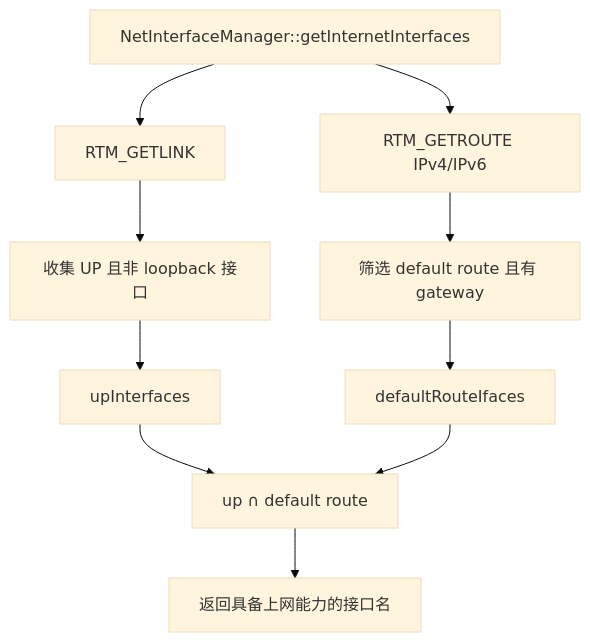
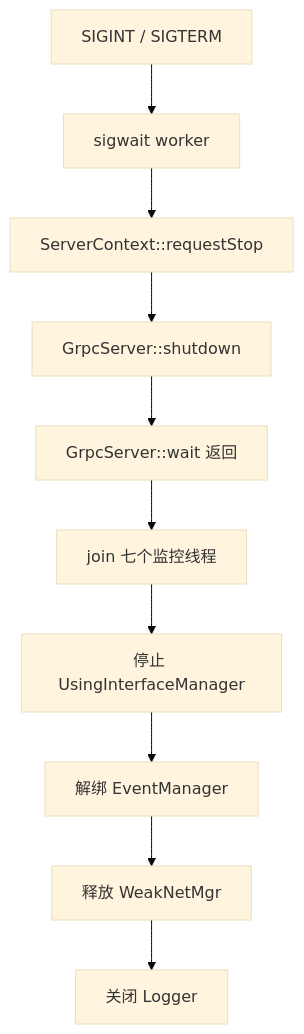
The fourth of 15 diagrams in docs/network-diagnostics-engineering-architecture-review.md (God1007/JaNet), drawn with Mermaid (base theme) before and after one commit. The commit also changed other lines of this file and 44 other files, not shown here.

````diff
--- a/docs/network-diagnostics-engineering-architecture-review.md
+++ b/docs/network-diagnostics-engineering-architecture-review.md
@@ -443,12 +213,12 @@
 ```mermaid
 flowchart TB
-    A["NetInterfaceManager::getInternetInterfaces"] --> B["RTM_GETLINK"]
-    B --> C["收集 UP 且非 loopback 接口"]
-    A --> D["RTM_GETROUTE IPv4/IPv6"]
-    D --> E["筛选 default route 且有 gateway"]
-    C --> F["upInterfaces"]
-    E --> G["defaultRouteIfaces"]
-    F --> H["up ∩ default route"]
-    G --> H
-    H --> I["返回具备上网能力的接口名"]
+    OS["SIGINT / SIGTERM"] --> Sigwait["sigwait worker"]
+    Sigwait --> Stop["ServerContext::requestStop"]
+    Stop --> Shutdown["GrpcServer::shutdown"]
+    Shutdown --> Return["GrpcServer::wait 返回"]
+    Return --> Join["join 七个监控线程"]
+    Join --> Route["停止 UsingInterfaceManager"]
+    Route --> Event["解绑 EventManager"]
+    Event --> Owner["释放 WeakNetMgr"]
+    Owner --> Logger["关闭 Logger"]
 ```
````
